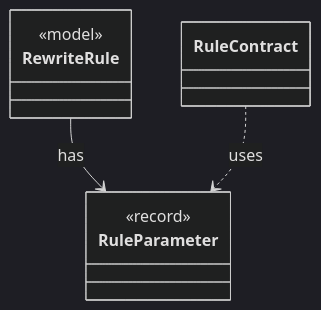
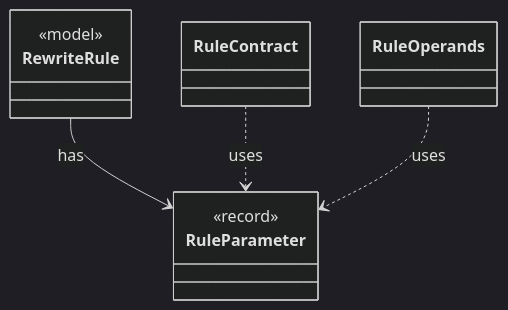
The diagram in dev/types/io.github.tlaplus.hardening.gen.rewrite.RuleParameter.md (tlaplus/model-checker-hardening), drawn with Mermaid (dark theme) before and after one commit. The commit also changed other lines of this file and 405 other files, not shown here.

````diff
--- a/dev/types/io.github.tlaplus.hardening.gen.rewrite.RuleParameter.md
+++ b/dev/types/io.github.tlaplus.hardening.gen.rewrite.RuleParameter.md
@@ -9,12 +9,14 @@
 ```mermaid
 classDiagram
   class RuleParameter {
     <<record>>
   }
   class RewriteRule {
     <<model>>
   }
   class RuleContract
+  class RuleOperands
   RewriteRule --> RuleParameter : has
   RuleContract ..> RuleParameter : uses
+  RuleOperands ..> RuleParameter : uses
 ```
````
